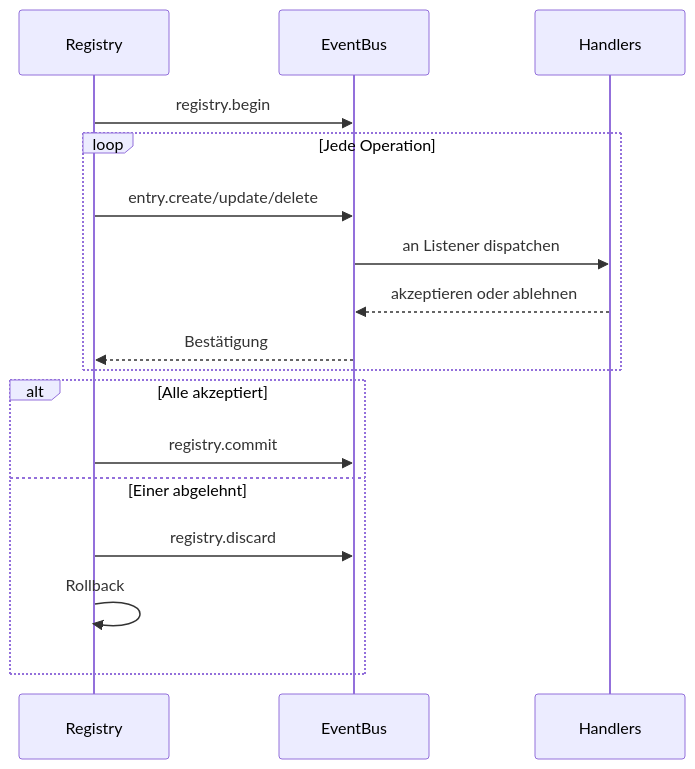
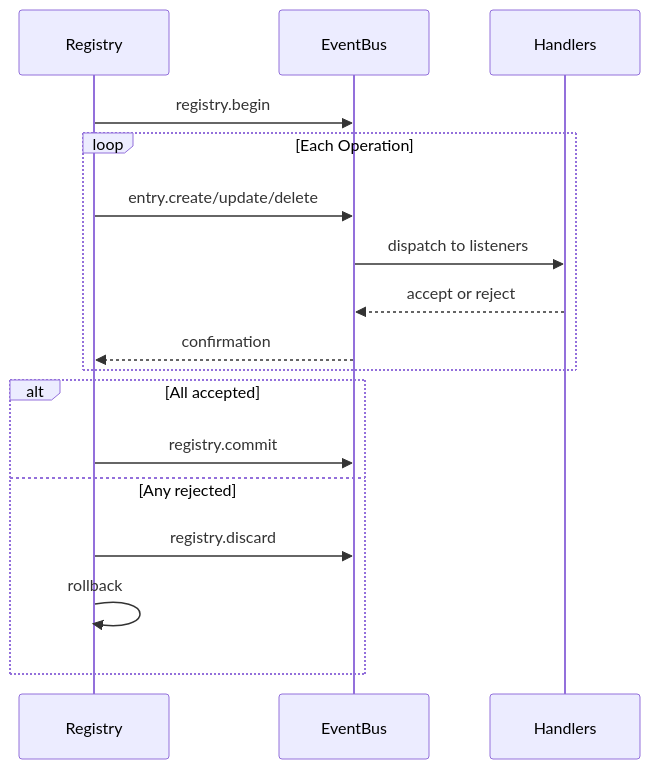
One commit to wippyai/docs changed the second of 2 diagrams in de/internals/registry.md. Above: the diagram before and after it, drawn with Mermaid. The commit also changed other lines of this file and 870 other files, not shown here.

````diff
--- a/de/internals/registry.md
+++ b/de/internals/registry.md
@@ -116,20 +118,20 @@
 ```mermaid
 sequenceDiagram
     participant R as Registry
     participant B as EventBus
     participant H as Handlers
 
     R->>B: registry.begin
-    loop Jede Operation
+    loop Each Operation
         R->>B: entry.create/update/delete
-        B->>H: an Listener dispatchen
-        H-->>B: akzeptieren oder ablehnen
-        B-->>R: Bestätigung
+        B->>H: dispatch to listeners
+        H-->>B: accept or reject
+        B-->>R: confirmation
     end
-    alt Alle akzeptiert
+    alt All accepted
         R->>B: registry.commit
-    else Einer abgelehnt
+    else Any rejected
         R->>B: registry.discard
-        R->>R: Rollback
+        R->>R: rollback
     end
 ```
````
